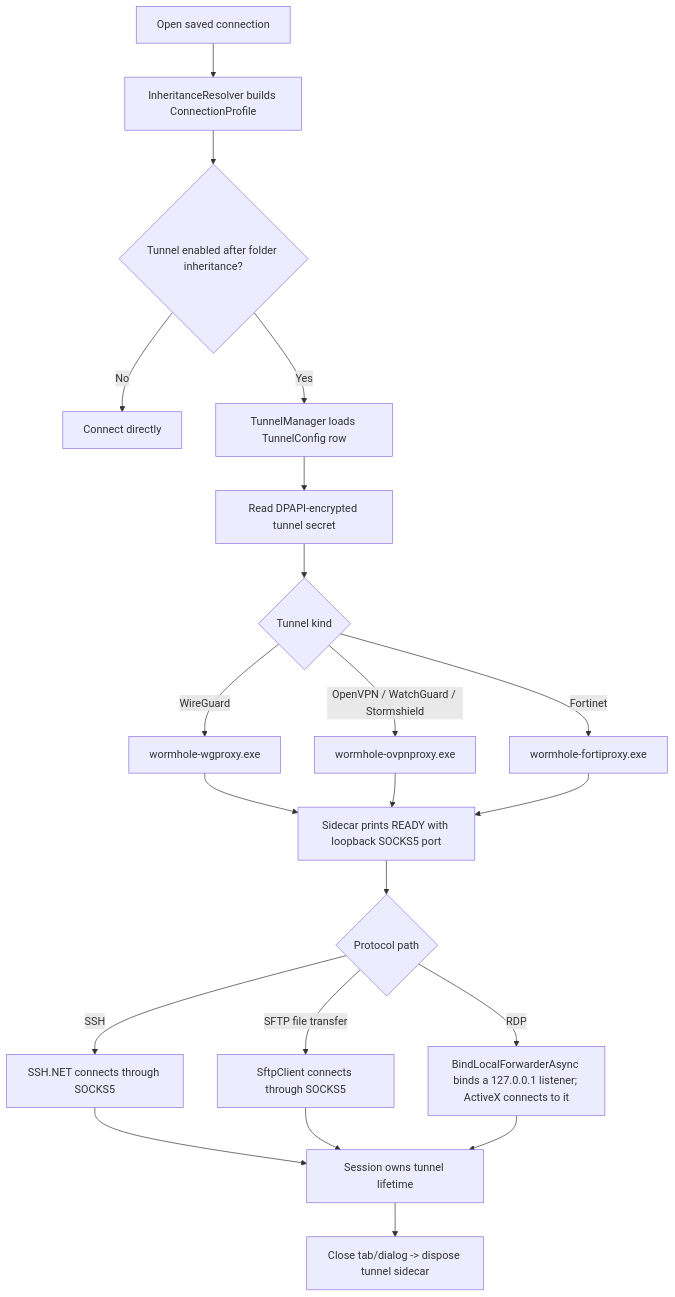
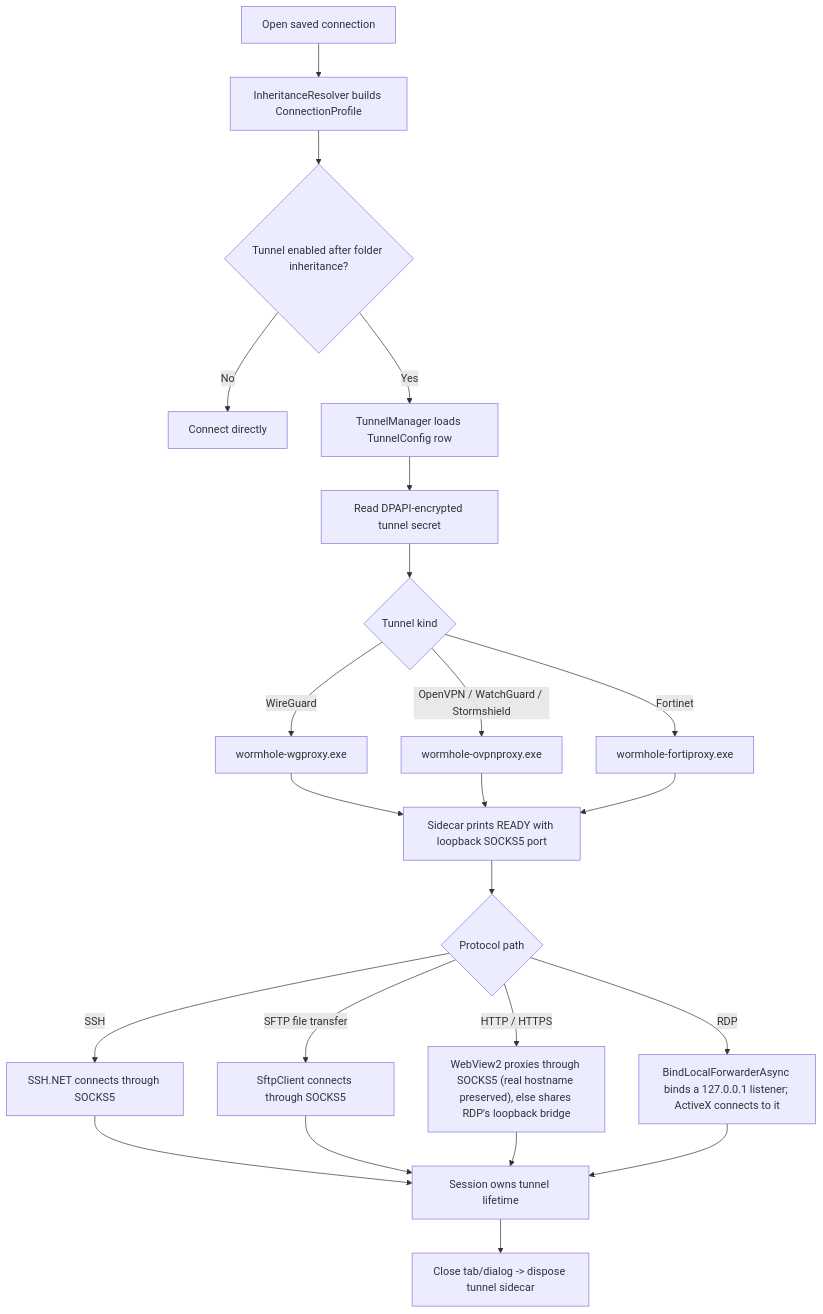
Before and after one commit to xBounceIT/wormhole: the diagram in README.md, drawn with Mermaid. The commit also changed other lines of this file, not shown here.

First line of the commit message:
Document HTTP/HTTPS web-browser protocol in README

````diff
--- a/README.md
+++ b/README.md
@@ -92,23 +104,25 @@
 ```mermaid
 flowchart TD
     A["Open saved connection"] --> B["InheritanceResolver builds ConnectionProfile"]
     B --> C{"Tunnel enabled after folder inheritance?"}
     C -- "No" --> D["Connect directly"]
     C -- "Yes" --> E["TunnelManager loads TunnelConfig row"]
     E --> F["Read DPAPI-encrypted tunnel secret"]
     F --> G{"Tunnel kind"}
     G -- "WireGuard" --> H["wormhole-wgproxy.exe"]
     G -- "OpenVPN / WatchGuard / Stormshield" --> I["wormhole-ovpnproxy.exe"]
     G -- "Fortinet" --> J["wormhole-fortiproxy.exe"]
     H --> K["Sidecar prints READY with loopback SOCKS5 port"]
     I --> K
     J --> K
     K --> L{"Protocol path"}
     L -- "SSH" --> M["SSH.NET connects through SOCKS5"]
     L -- "SFTP file transfer" --> N["SftpClient connects through SOCKS5"]
+    L -- "HTTP / HTTPS" --> R["WebView2 proxies through SOCKS5 (real hostname preserved), else shares RDP's loopback bridge"]
     L -- "RDP" --> O["BindLocalForwarderAsync binds a 127.0.0.1 listener; ActiveX connects to it"]
     M --> P["Session owns tunnel lifetime"]
     N --> P
+    R --> P
     O --> P
     P --> Q["Close tab/dialog -> dispose tunnel sidecar"]
 ```
````
